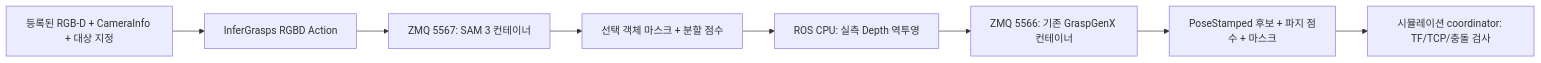
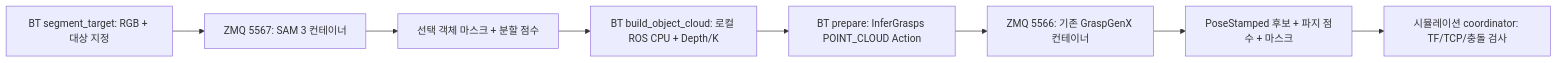
One commit to ggh-png/rwh_beyond changed the diagram in docs/sam3-perception.md. Above: the diagram before and after it, drawn with Mermaid. The commit also changed other lines of this file and 11 other files, not shown here.

Commit message:
Make SAM segmentation and local point cloud explicit BT stages

````diff
--- a/docs/sam3-perception.md
+++ b/docs/sam3-perception.md
@@ -8,10 +8,10 @@
 ```mermaid
 flowchart LR
-  A[등록된 RGB-D + CameraInfo + 대상 지정] --> B[InferGrasps RGBD Action]
-  B --> C[ZMQ 5567: SAM 3 컨테이너]
+  A[BT segment_target: RGB + 대상 지정] --> C[ZMQ 5567: SAM 3 컨테이너]
   C --> D[선택 객체 마스크 + 분할 점수]
-  D --> E[ROS CPU: 실측 Depth 역투영]
-  E --> F[ZMQ 5566: 기존 GraspGenX 컨테이너]
+  D --> E[BT build_object_cloud: 로컬 ROS CPU + Depth/K]
+  E --> B[BT prepare: InferGrasps POINT_CLOUD Action]
+  B --> F[ZMQ 5566: 기존 GraspGenX 컨테이너]
   F --> G[PoseStamped 후보 + 파지 점수 + 마스크]
   G --> H[시뮬레이션 coordinator: TF/TCP/충돌 검사]
 ```
````
